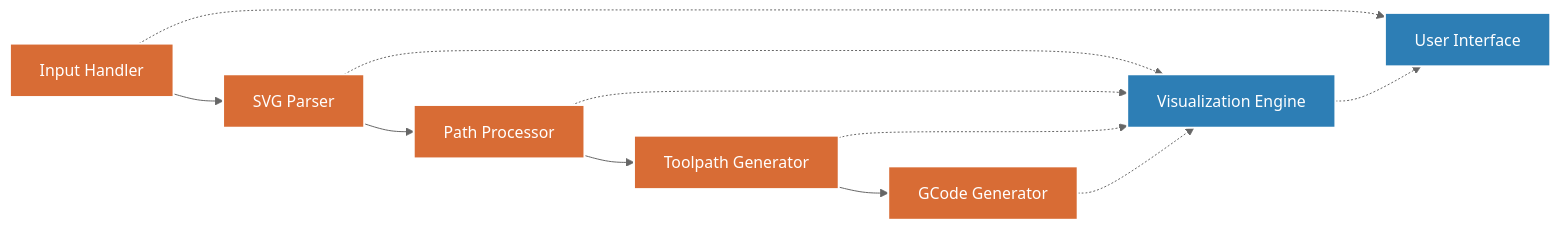
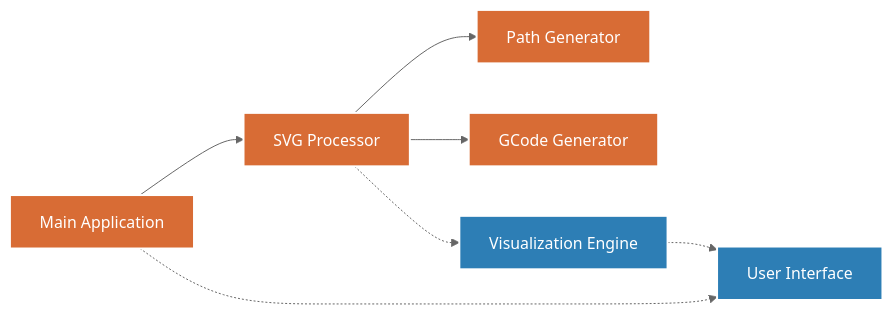
The first of 3 diagrams in docs/architecture_design.md (paulkrix/svgtogcode), drawn with Mermaid (neutral theme) before and after one commit. The commit also changed other lines of this file and 35 other files, not shown here.

Commit message:
Fix teardrop path processing in SVG to GCode conversion

````diff
--- a/docs/architecture_design.md
+++ b/docs/architecture_design.md
@@ -9,19 +9,15 @@
 ```mermaid
 flowchart LR
-    A[Input Handler] --> B[SVG Parser]
-    B --> C[Path Processor]
-    C --> D[Toolpath Generator]
-    D --> E[GCode Generator]
+    A[Main Application] --> B[SVG Processor]
+    B --> C[Path Generator]
+    B --> D[GCode Generator]
     
     A -.-> F[User Interface]
     B -.-> G[Visualization Engine]
-    C -.-> G
-    D -.-> G
-    E -.-> G
     G -.-> F
     
     classDef main fill:#d86c35,stroke:#fff,stroke-width:2px,color:#fff
     classDef ui fill:#2d7eb5,stroke:#fff,stroke-width:2px,color:#fff
-    class A,B,C,D,E main
+    class A,B,C,D main
     class F,G ui
 ```
````
